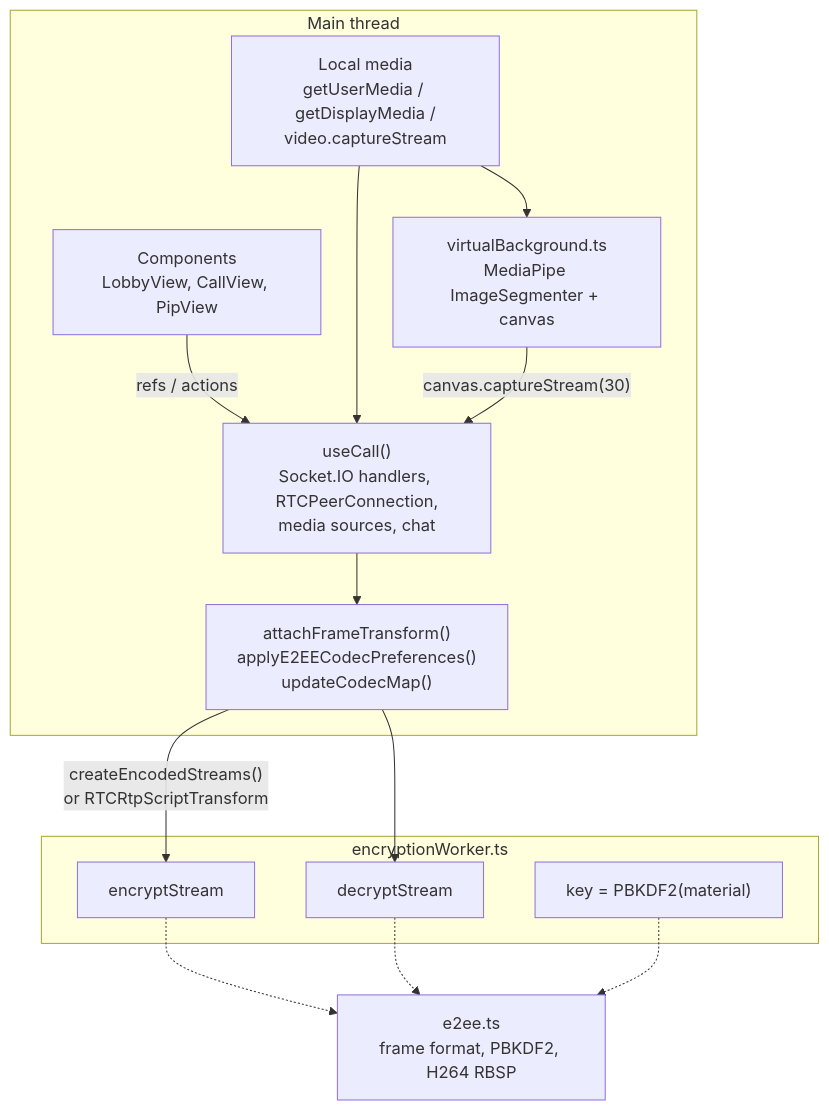
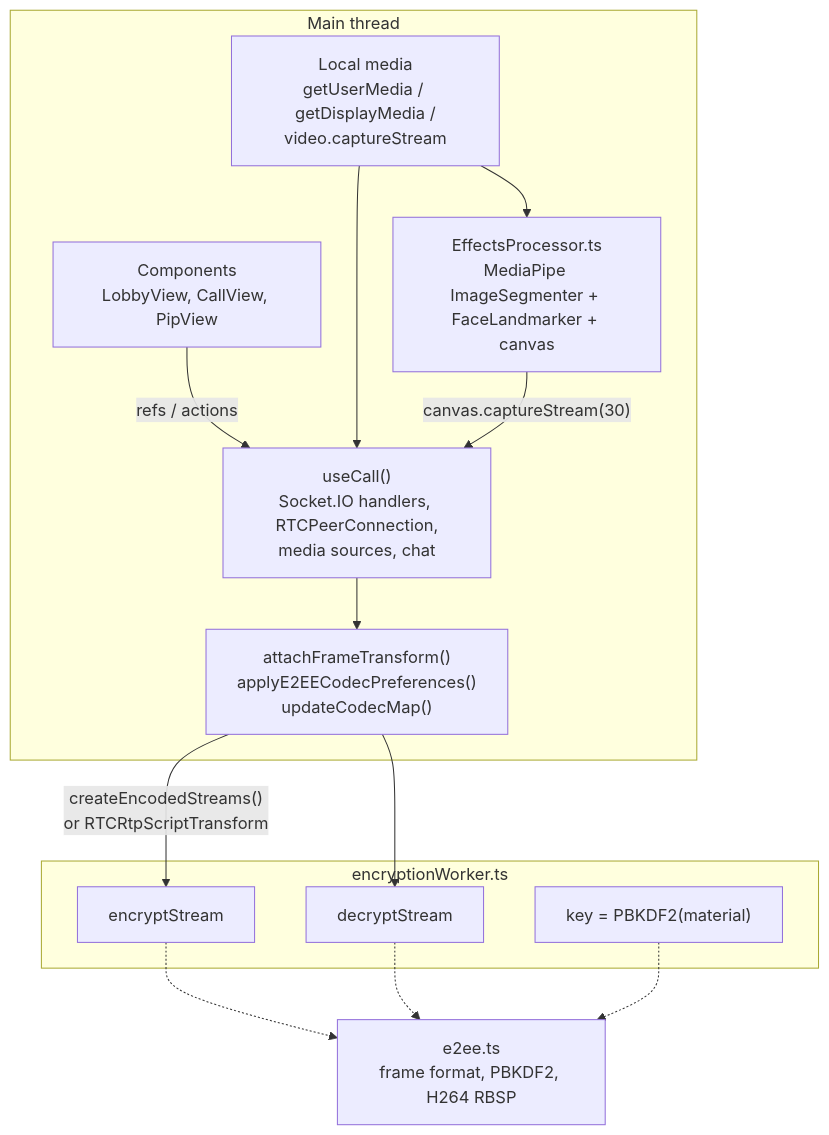
Before and after one commit to maitrungduc1410/WebRTC-Demo: the sixth of 18 diagrams in ARCHITECTURE.md, drawn with Mermaid. The commit also changed other lines of this file and 80 other files, not shown here.

First line of the commit message:
feat: add backgrounds and face stickers on all platforms Replace the single virtual background with a "Backgrounds and effects" picker on web, Android and iOS: none, two blur levels, pictures, looping videos and face-tracked stickers, with a live preview.

````diff
--- a/ARCHITECTURE.md
+++ b/ARCHITECTURE.md
@@ -248,29 +259,29 @@
 ```mermaid
 flowchart TB
     subgraph Main thread
         UI["Components<br/>LobbyView, CallView, PipView"]
         CALL["useCall()<br/>Socket.IO handlers, RTCPeerConnection,<br/>media sources, chat"]
         MEDIA["Local media<br/>getUserMedia / getDisplayMedia /<br/>video.captureStream"]
-        VBG["virtualBackground.ts<br/>MediaPipe ImageSegmenter + canvas"]
+        VBG["EffectsProcessor.ts<br/>MediaPipe ImageSegmenter + FaceLandmarker + canvas"]
         TR["attachFrameTransform()<br/>applyE2EECodecPreferences()<br/>updateCodecMap()"]
     end
 
     subgraph encryptionWorker.ts
         KEY["key = PBKDF2(material)"]
         ENC["encryptStream"]
         DEC["decryptStream"]
     end
 
     E2EE["e2ee.ts<br/>frame format, PBKDF2, H264 RBSP"]
 
     UI -- "refs / actions" --> CALL
     MEDIA --> VBG
     MEDIA --> CALL
     VBG -- "canvas.captureStream(30)" --> CALL
     CALL --> TR
     TR -- "createEncodedStreams()<br/>or RTCRtpScriptTransform" --> ENC
     TR --> DEC
     ENC -.-> E2EE
     DEC -.-> E2EE
     KEY -.-> E2EE
 ```
````
